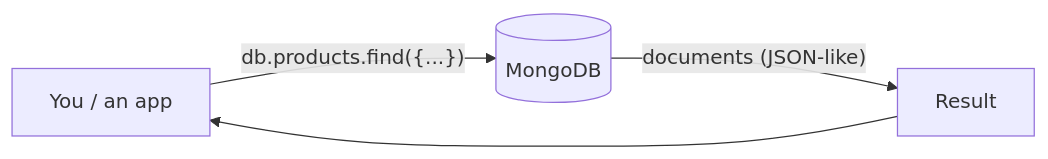
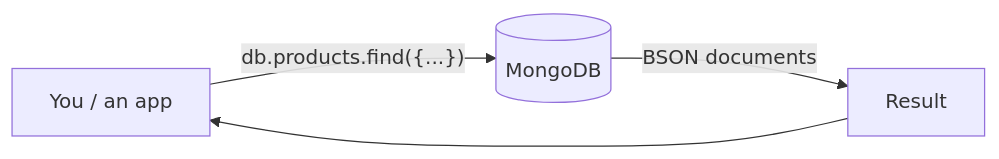
The diagram in 03-document-db/04-what-is-mongodb.md (Min-Thein-Khaing/learn-databases), drawn with Mermaid before and after one commit. The commit also changed other lines of this file and 6 other files, not shown here.

````diff
--- a/03-document-db/04-what-is-mongodb.md
+++ b/03-document-db/04-what-is-mongodb.md
@@ -32,6 +32,6 @@
 ```mermaid
 flowchart LR
     A[You / an app] -->|"db.products.find({...})"| B[(MongoDB)]
-    B -->|"documents (JSON-like)"| C[Result]
+    B -->|"BSON documents"| C[Result]
     C --> A
 ```
````
